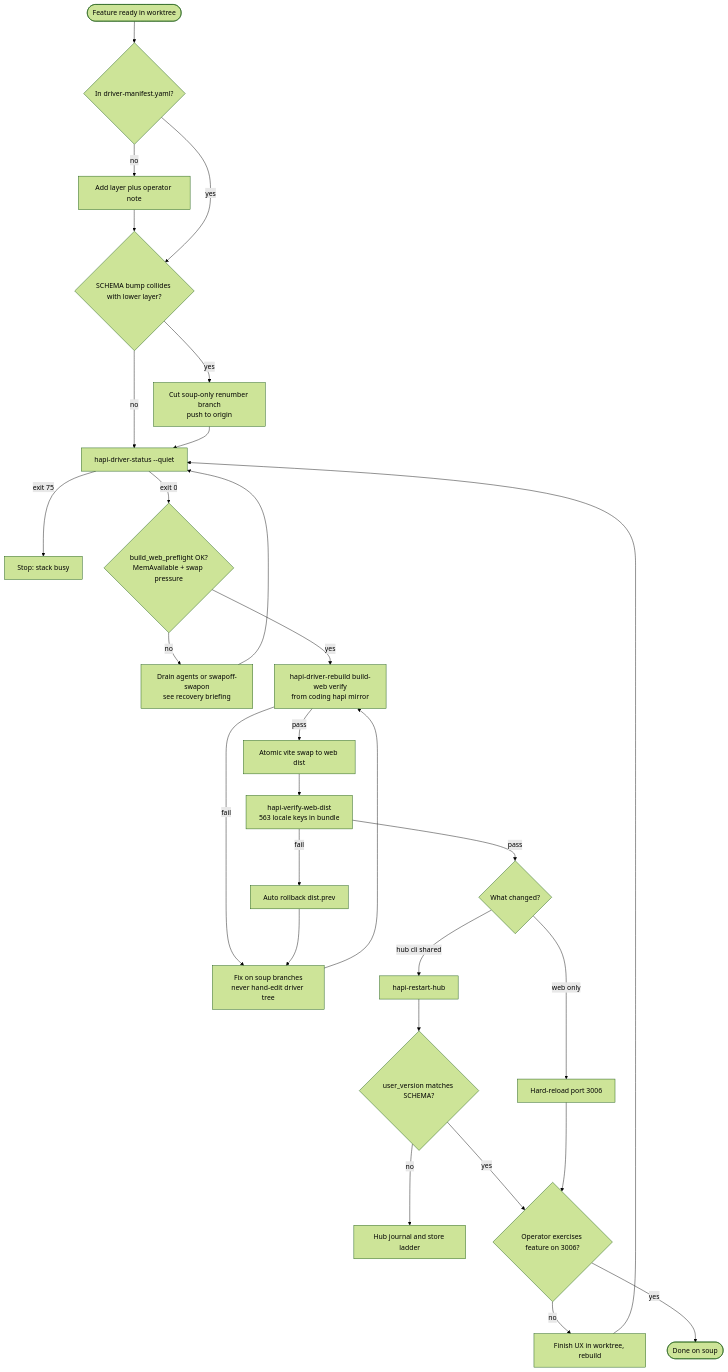
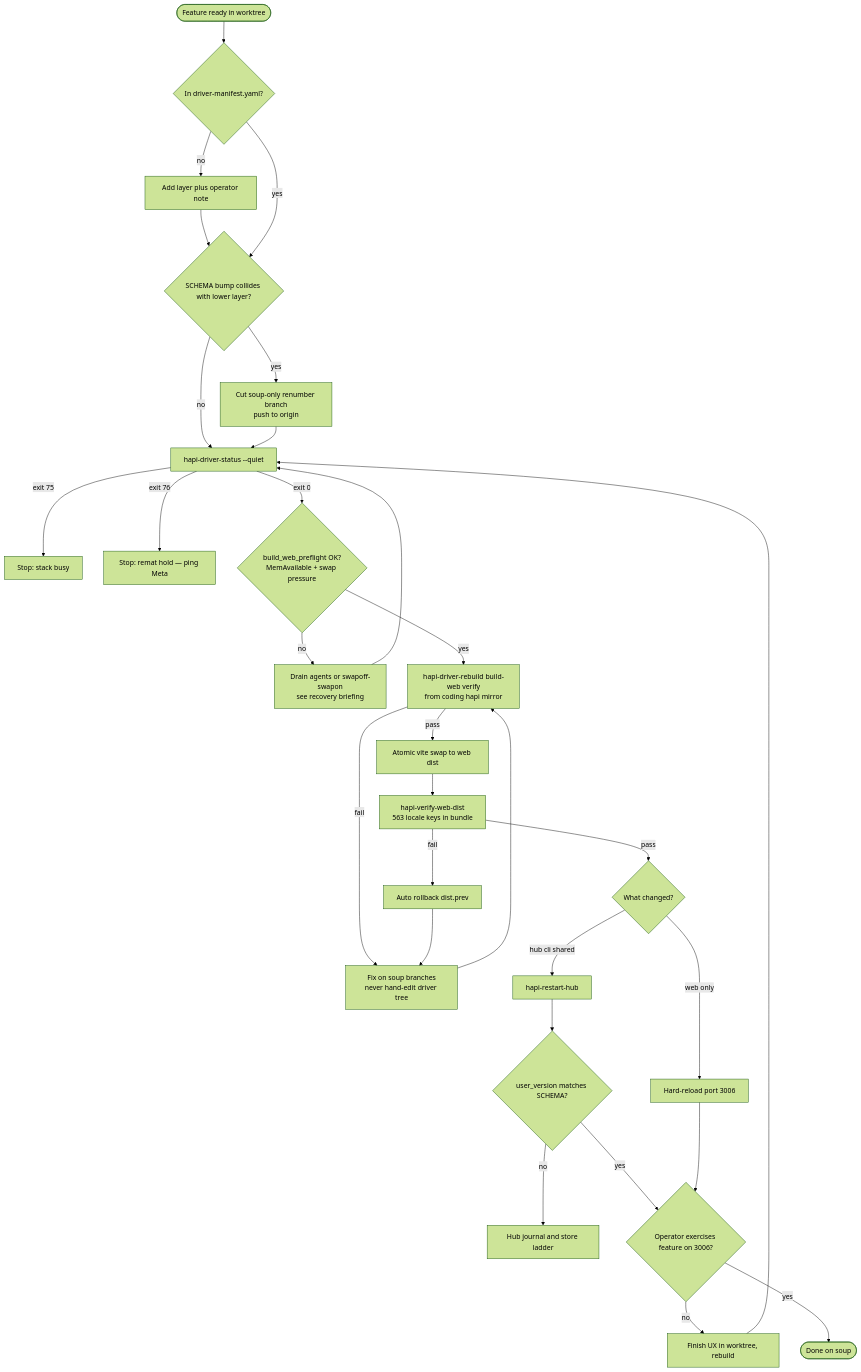
One commit to heavygee/hapi changed the second of 2 diagrams in docs/tooling/feature-work-lifecycle.md. Above: the diagram before and after it, drawn with Mermaid (forest theme). The commit also changed other lines of this file and 14 other files, not shown here.

First line of the commit message:
chore(tooling): fail-closed remat escalation hold

````diff
--- a/docs/tooling/feature-work-lifecycle.md
+++ b/docs/tooling/feature-work-lifecycle.md
@@ -85,31 +85,32 @@
 ```mermaid
 flowchart TD
     START(["Feature ready in worktree"]) --> MANIFEST{"In driver-manifest.yaml?"}
     MANIFEST -->|no| ADD["Add layer plus operator note"]
     ADD --> COLLIDE
     MANIFEST -->|yes| COLLIDE{"SCHEMA bump collides with lower layer?"}
     COLLIDE -->|yes| RENUMBER["Cut soup-only renumber branch<br/>push to origin"]
     COLLIDE -->|no| PRECHECK
     RENUMBER --> PRECHECK["hapi-driver-status --quiet"]
     PRECHECK -->|exit 75| WAIT["Stop: stack busy"]
+    PRECHECK -->|exit 76| HOLD["Stop: remat hold — ping Meta"]
     PRECHECK -->|exit 0| MEM{"build_web_preflight OK?<br/>MemAvailable + swap pressure"}
     MEM -->|no| MEMFIX["Drain agents or swapoff-swapon<br/>see recovery briefing"]
     MEMFIX --> PRECHECK
     MEM -->|yes| REBUILD["hapi-driver-rebuild build-web verify<br/>from coding hapi mirror"]
     REBUILD -->|fail| FIX["Fix on soup branches<br/>never hand-edit driver tree"]
     FIX --> REBUILD
     REBUILD -->|pass| VITE["Atomic vite swap to web dist"]
     VITE --> VERIFY["hapi-verify-web-dist<br/>563 locale keys in bundle"]
     VERIFY -->|fail| ROLLBACK["Auto rollback dist.prev"]
     ROLLBACK --> FIX
     VERIFY -->|pass| WHAT{"What changed?"}
     WHAT -->|web only| WEBDONE["Hard-reload port 3006"]
     WHAT -->|hub cli shared| RESTART["hapi-restart-hub"]
     RESTART --> DB{"user_version matches SCHEMA?"}
     DB -->|no| DEBUG["Hub journal and store ladder"]
     DB -->|yes| PROOF{"Operator exercises feature on 3006?"}
     WEBDONE --> PROOF
     PROOF -->|no| IMPL2["Finish UX in worktree, rebuild"]
     IMPL2 --> PRECHECK
     PROOF -->|yes| DONE(["Done on soup"])
 ```
````
